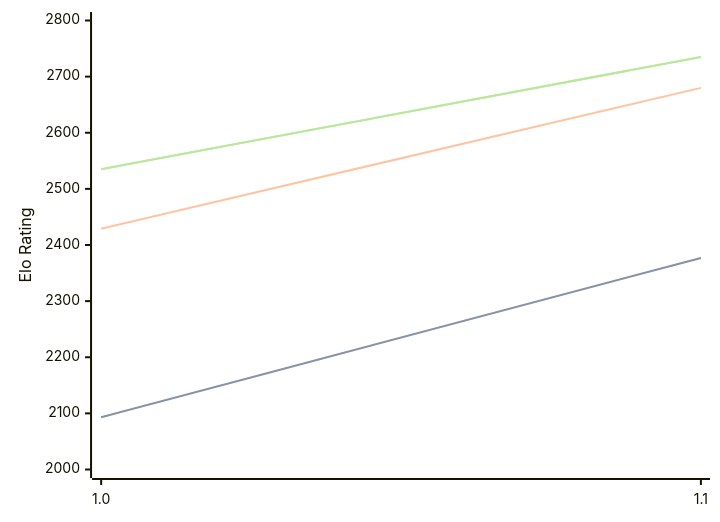
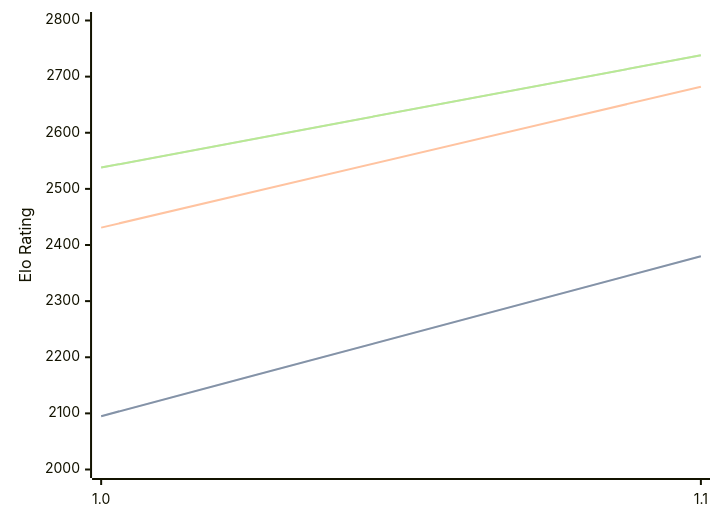
One commit to computer-chess-index/cci changed the diagram in engines/Erinn.md. Above: the diagram before and after it, drawn with Mermaid. The commit also changed other lines of this file, not shown here.

Commit message:
Update CCI Ratings (ELO VLTC) - 2026-09-24

````diff
--- a/engines/Erinn.md
+++ b/engines/Erinn.md
@@ -32,11 +32,11 @@
 ```mermaid
 %%{init: {"theme":"base","themeVariables":{"seriesColors:['#a3a3a3','#222221','#faa371']}}}%%
 xychart-beta
   x-axis ["1.0", "1.1"]
   y-axis "Elo Rating" 2000 --> 2800
-  line "" [2093, 2377]
-  line "STC (8.0+0.08s)" [2093, 2377]
-  line "LTC (60.0+0.60s)" [2429, 2680]
-  line "" [2535, 2735]
-  line "VLTC (2m24s+1.12s)" [2535, 2735]
+  line "" [2095, 2380]
+  line "STC (8.0+0.08s)" [2095, 2380]
+  line "LTC (60.0+0.60s)" [2431, 2682]
+  line "" [2538, 2738]
+  line "VLTC (2m24s+1.12s)" [2538, 2738]
 ```
````
